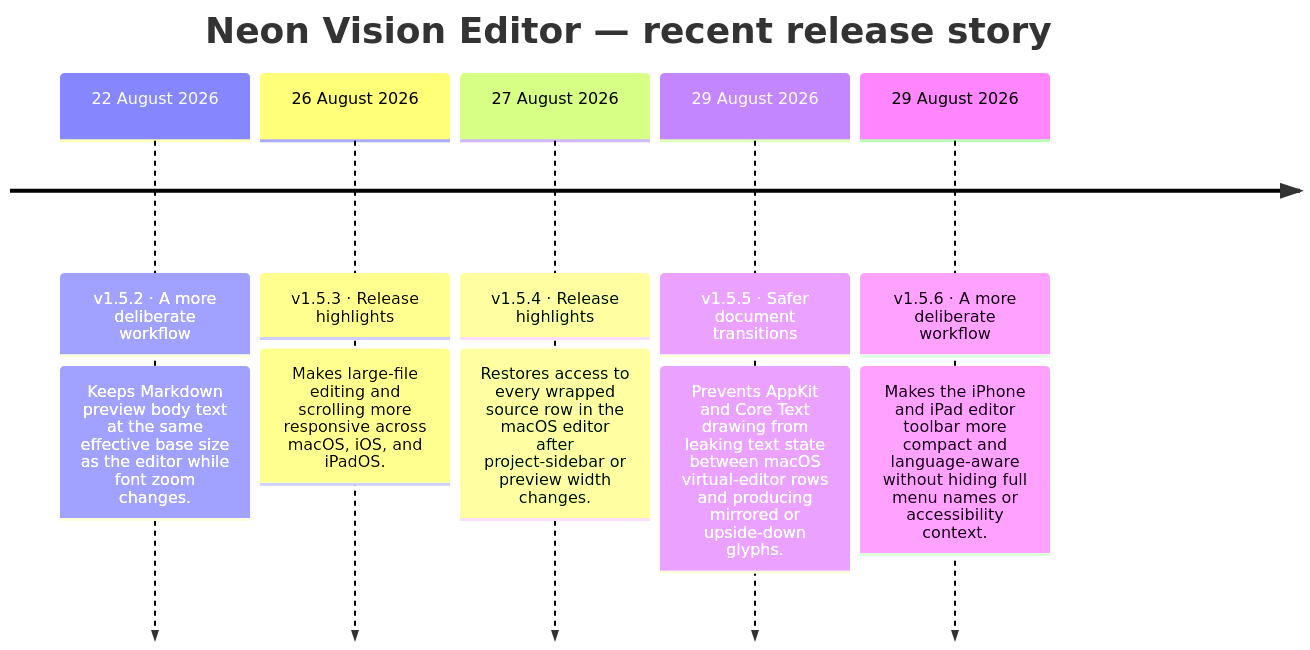
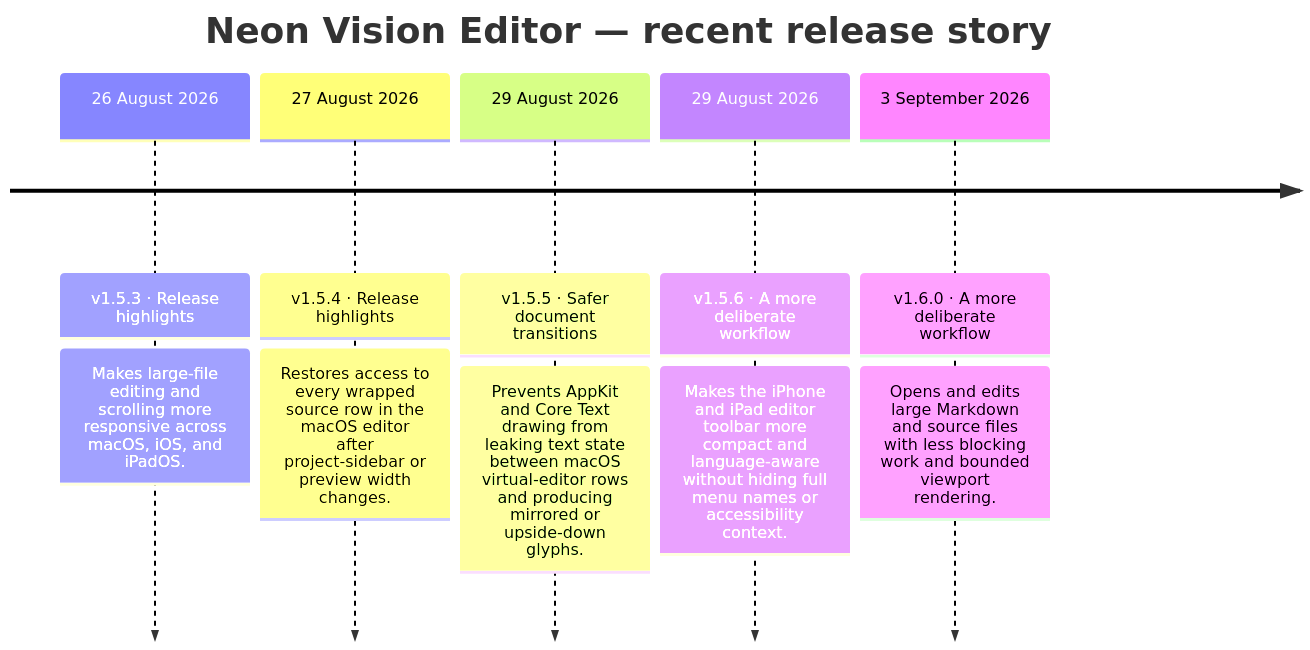
One commit to h3pdesign/Neon-Vision-Editor changed the second of 2 diagrams in README.md. Above: the diagram before and after it, drawn with Mermaid. The commit also changed other lines of this file and 13 other files, not shown here.

````diff
--- a/README.md
+++ b/README.md
@@ -780,14 +768,14 @@
 ```mermaid
 timeline
     title Neon Vision Editor — recent release story
-    22 August 2026 : v1.5.2 · A more deliberate workflow
-                : Keeps Markdown preview body text at the same effective base size as the editor while font zoom changes.
     26 August 2026 : v1.5.3 · Release highlights
                 : Makes large-file editing and scrolling more responsive across macOS, iOS, and iPadOS.
     27 August 2026 : v1.5.4 · Release highlights
                 : Restores access to every wrapped source row in the macOS editor after project-sidebar or preview width changes.
     29 August 2026 : v1.5.5 · Safer document transitions
                 : Prevents AppKit and Core Text drawing from leaking text state between macOS virtual-editor rows and producing mirrored or upside-down glyphs.
     29 August 2026 : v1.5.6 · A more deliberate workflow
                 : Makes the iPhone and iPad editor toolbar more compact and language-aware without hiding full menu names or accessibility context.
+    3 September 2026 : v1.6.0 · A more deliberate workflow
+                : Opens and edits large Markdown and source files with less blocking work and bounded viewport rendering.
 ```
````
